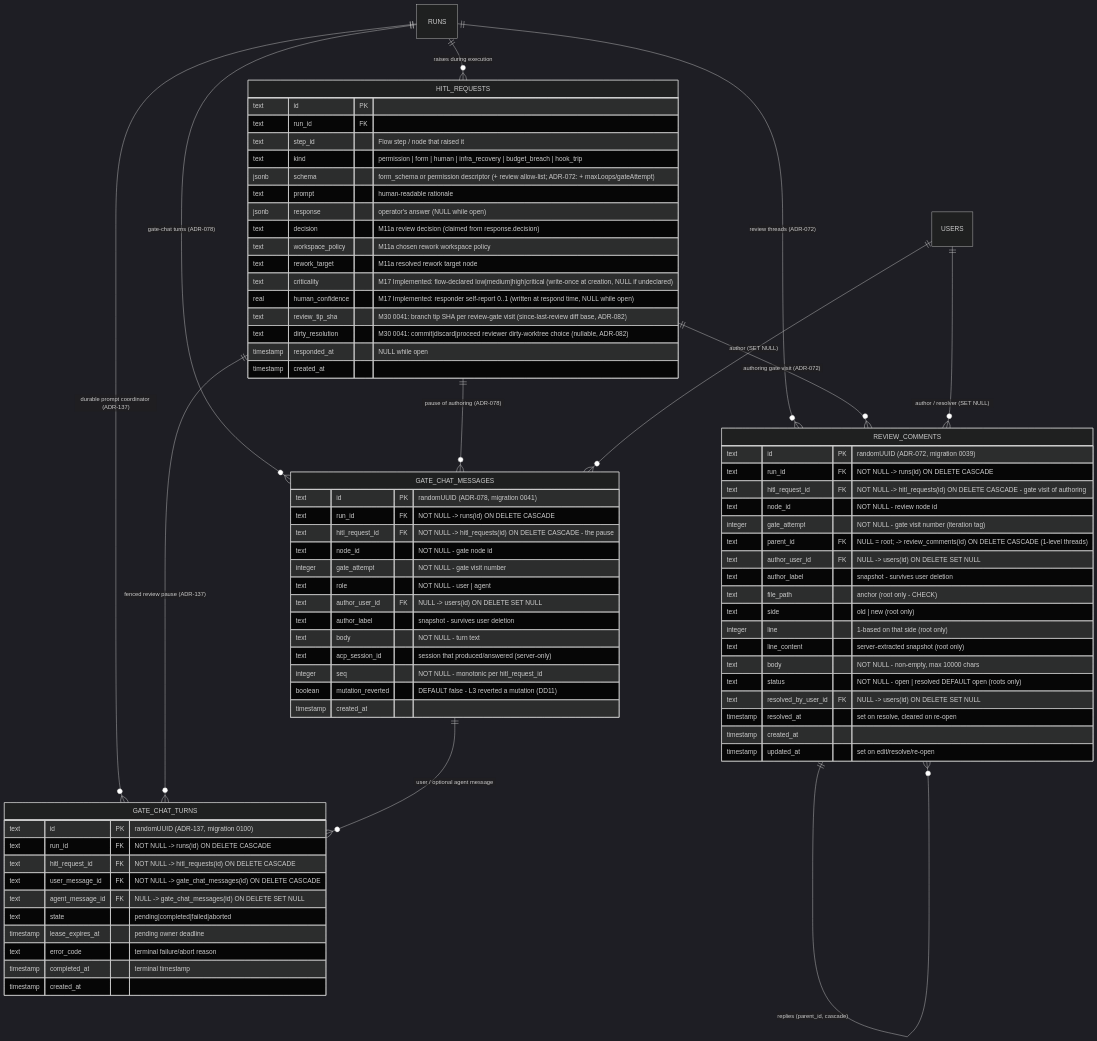
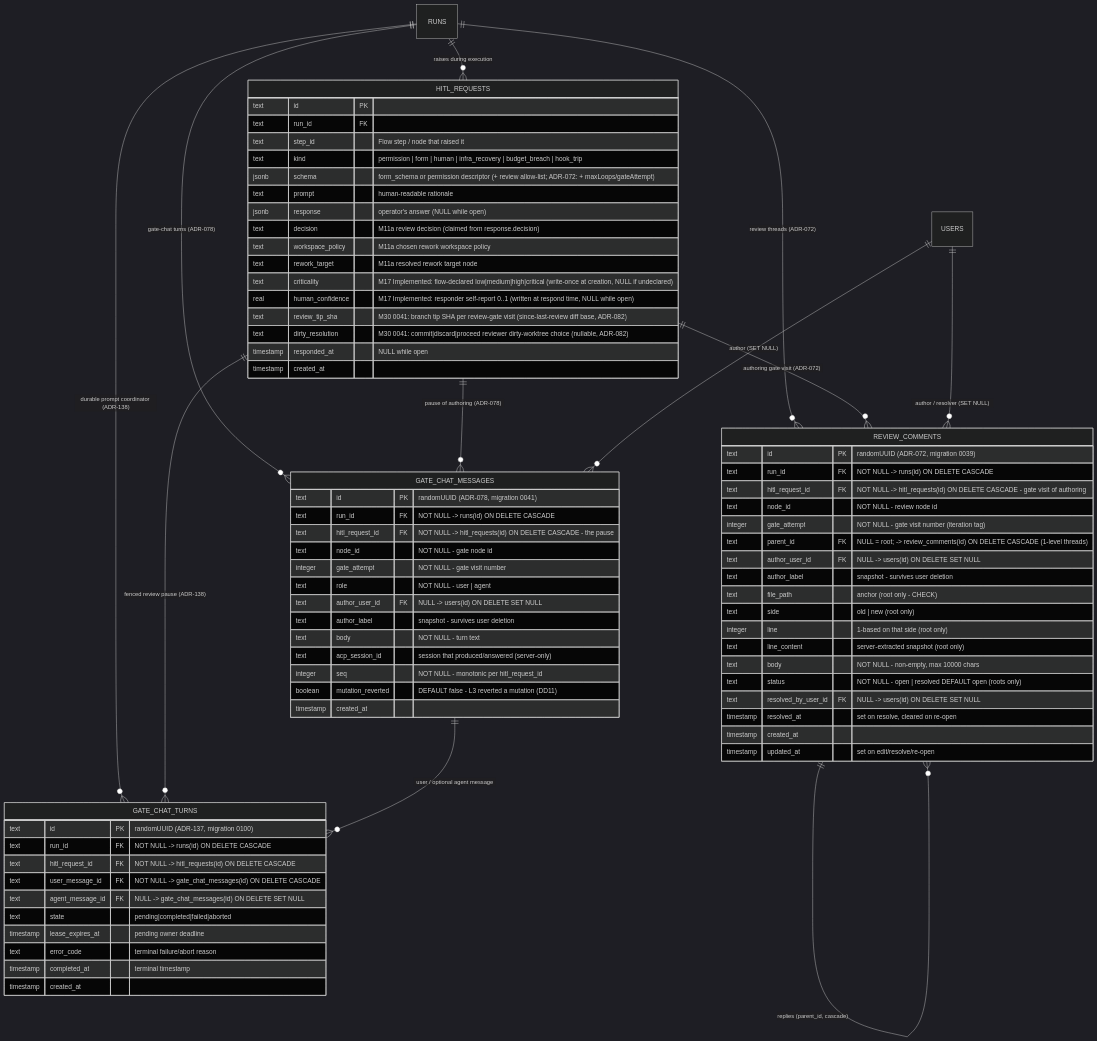
Before and after one commit to maister-dev/maister: the first of 3 diagrams in docs/db/hitl-domain.md, drawn with Mermaid (dark theme). The commit also changed other lines of this file and 45 other files, not shown here.

First line of the commit message:
fix(review): harden flow review workspace recovery

```diff
--- a/docs/db/hitl-domain.md
+++ b/docs/db/hitl-domain.md
@@ -18,8 +18,8 @@
     RUNS ||--o{ GATE_CHAT_MESSAGES : "gate-chat turns (ADR-078)"
     HITL_REQUESTS ||--o{ GATE_CHAT_MESSAGES : "pause of authoring (ADR-078)"
     USERS ||--o{ GATE_CHAT_MESSAGES : "author (SET NULL)"
-    RUNS ||--o{ GATE_CHAT_TURNS : "durable prompt coordinator (ADR-137)"
-    HITL_REQUESTS ||--o{ GATE_CHAT_TURNS : "fenced review pause (ADR-137)"
+    RUNS ||--o{ GATE_CHAT_TURNS : "durable prompt coordinator (ADR-138)"
+    HITL_REQUESTS ||--o{ GATE_CHAT_TURNS : "fenced review pause (ADR-138)"
     GATE_CHAT_MESSAGES ||--o{ GATE_CHAT_TURNS : "user / optional agent message"
 
     HITL_REQUESTS {
```
